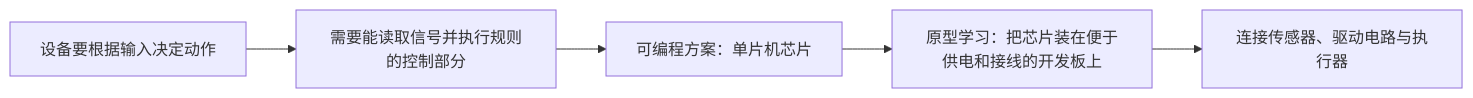
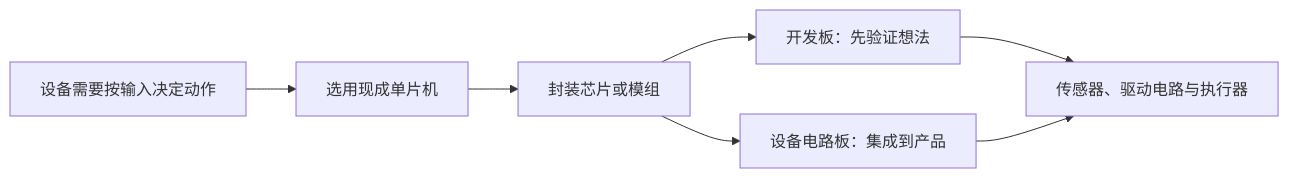
One commit to luochen211/hardware changed the diagram in docs/硬件认知篇.md. Above: the diagram before and after it, drawn with Mermaid. The commit also changed other lines of this file and 1 other file, not shown here.

````diff
--- a/docs/硬件认知篇.md
+++ b/docs/硬件认知篇.md
@@ -67,7 +77,9 @@
 ```mermaid
 flowchart LR
-  A[设备要根据输入决定动作] --> B[需要能读取信号并执行规则的控制部分]
-  B --> C[可编程方案：单片机芯片]
-  C --> D[原型学习：把芯片装在便于供电和接线的开发板上]
-  D --> E[连接传感器、驱动电路与执行器]
+  A[设备需要按输入决定动作] --> B[选用现成单片机]
+  B --> C[封装芯片或模组]
+  C --> D[开发板：先验证想法]
+  C --> E[设备电路板：集成到产品]
+  D --> F[传感器、驱动电路与执行器]
+  E --> F
 ```
````
